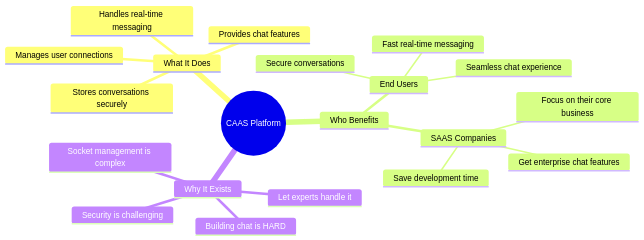
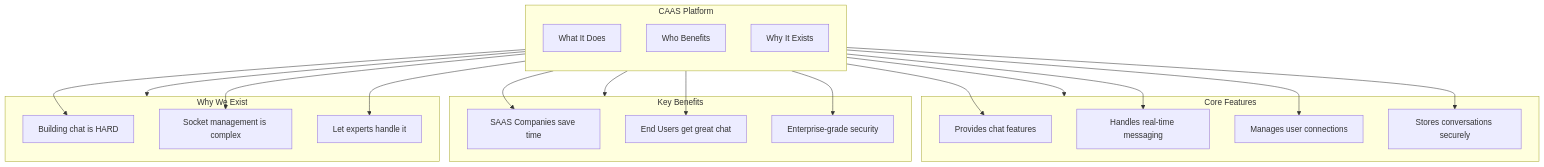
The first of 40 diagrams in docs/COMPLETE_PLATFORM_VISUAL_GUIDE.md (AtharvaBansod/CAAS), drawn with Mermaid before and after one commit. The commit also changed other lines of this file, not shown here.

````diff
--- a/docs/COMPLETE_PLATFORM_VISUAL_GUIDE.md
+++ b/docs/COMPLETE_PLATFORM_VISUAL_GUIDE.md
@@ -29,25 +30,36 @@
 ```mermaid
-mindmap
-  root((CAAS Platform))
-    What It Does
-      Provides chat features
-      Handles real-time messaging
-      Manages user connections
-      Stores conversations securely
+flowchart TB
+    subgraph CAAS["CAAS Platform"]
+        direction TB
+        WhatItDoes["What It Does"]
+        WhoBenefits["Who Benefits"]
+        WhyExists["Why It Exists"]
+    end
     
-    Who Benefits
-      SAAS Companies
-        Save development time
-        Focus on their core business
-        Get enterprise chat features
-      End Users
-        Seamless chat experience
-        Fast real-time messaging
-        Secure conversations
+    subgraph Features["Core Features"]
+        F1["Provides chat features"]
+        F2["Handles real-time messaging"]
+        F3["Manages user connections"]
+        F4["Stores conversations securely"]
+    end
     
-    Why It Exists
-      Building chat is HARD
-      Socket management is complex
-      Security is challenging
-      Let experts handle it
+    subgraph Benefits["Key Benefits"]
+        B1["SAAS Companies save time"]
+        B2["End Users get great chat"]
+        B3["Enterprise-grade security"]
+    end
+    
+    subgraph Reasons["Why We Exist"]
+        R1["Building chat is HARD"]
+        R2["Socket management is complex"]
+        R3["Let experts handle it"]
+    end
+    
+    CAAS --> Features
+    CAAS --> Benefits
+    CAAS --> Reasons
+    
+    WhatItDoes --> F1 & F2 & F3 & F4
+    WhoBenefits --> B1 & B2 & B3
+    WhyExists --> R1 & R2 & R3
 ```
````
